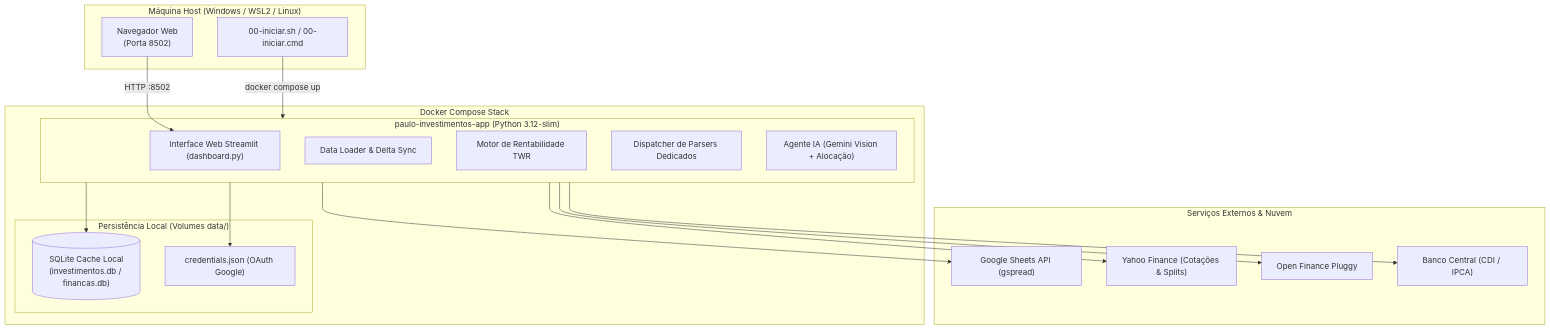
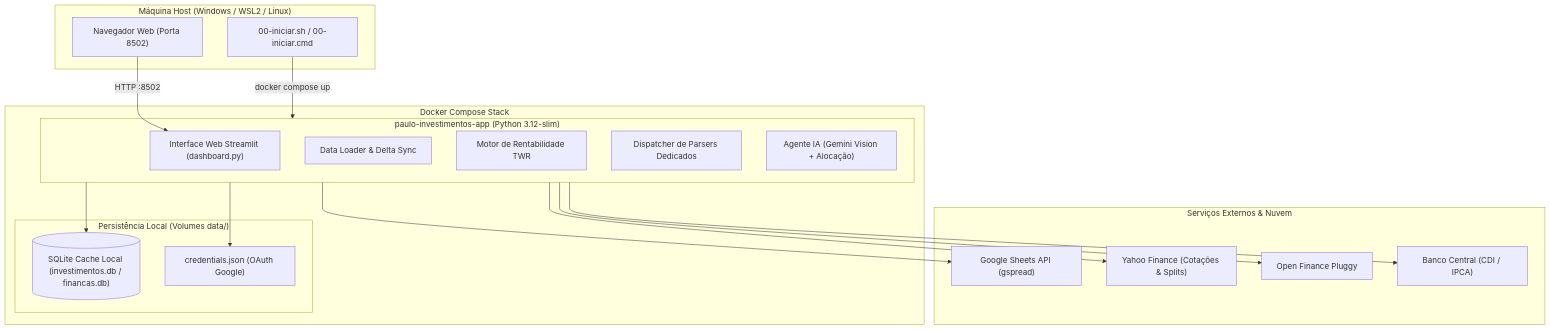
The diagram in README.md (rezendepauloh/paulo-investimentos-pessoais), drawn with Mermaid before and after one commit.

Commit message:
docs: clean up mermaid diagram syntax in README

````diff
--- a/README.md
+++ b/README.md
@@ -55,38 +55,38 @@
 ```mermaid
 flowchart TD
-    subgraph Host ["Máquina Host (Windows / WSL2 / Linux)"]
-        Browser["Navegador Web<br/>(Porta 8502)"]
+    subgraph Host["Máquina Host (Windows / WSL2 / Linux)"]
+        Browser["Navegador Web (Porta 8502)"]
         Launcher["00-iniciar.sh / 00-iniciar.cmd"]
     end
 
-    subgraph DockerCompose ["Docker Compose Stack"]
-        subgraph AppContainer ["paulo-investimentos-app (Python 3.12-slim)"]
+    subgraph DockerCompose["Docker Compose Stack"]
+        subgraph AppContainer["paulo-investimentos-app (Python 3.12-slim)"]
             ST["Interface Web Streamlit (dashboard.py)"]
             DL["Data Loader & Delta Sync"]
             Analytics["Motor de Rentabilidade TWR"]
             Parsers["Dispatcher de Parsers Dedicados"]
             AI["Agente IA (Gemini Vision + Alocação)"]
         end
 
-        subgraph Storage ["Persistência Local (Volumes data/)"]
-            DB[("SQLite Cache Local<br/>(investimentos.db / financas.db)")]
+        subgraph Storage["Persistência Local (Volumes data/)"]
+            DB[("SQLite Cache Local (investimentos.db / financas.db)")]
             Creds["credentials.json (OAuth Google)"]
         end
     end
 
-    subgraph Cloud ["Serviços Externos & Nuvem"]
+    subgraph Cloud["Serviços Externos & Nuvem"]
         Sheets["Google Sheets API (gspread)"]
         YF["Yahoo Finance (Cotações & Splits)"]
         Pluggy["Open Finance Pluggy"]
         BCB["Banco Central (CDI / IPCA)"]
     end
 
     Browser -->|HTTP :8502| ST
     Launcher -->|docker compose up| AppContainer
     AppContainer --> DB
     AppContainer --> Creds
     AppContainer --> Sheets
     AppContainer --> YF
     AppContainer --> Pluggy
     AppContainer --> BCB
 ```
````
